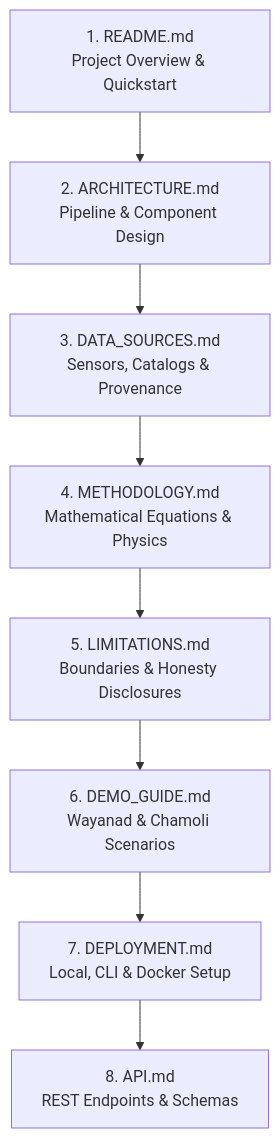
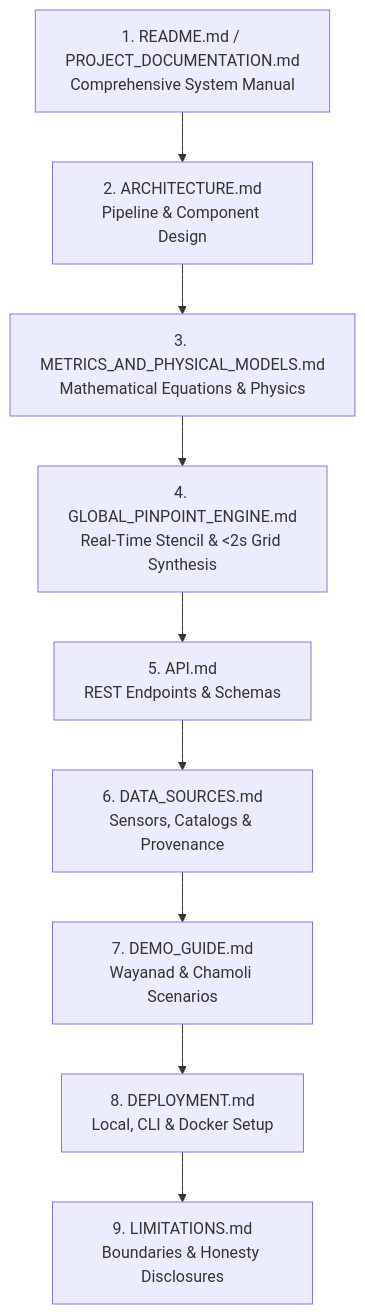
Before and after one commit to gamerdox/TerraSharp: the diagram in docs/INDEX.md, drawn with Mermaid. The commit also changed other lines of this file and 22 other files, not shown here.

Commit message:
feat: comprehensive project documentation, fast hazard grid generator fix, and satellite labels

````diff
--- a/docs/INDEX.md
+++ b/docs/INDEX.md
@@ -9,10 +9,11 @@
 ```mermaid
 flowchart TD
-    A["1. README.md<br/>Project Overview & Quickstart"] --> B["2. ARCHITECTURE.md<br/>Pipeline & Component Design"]
-    B --> C["3. DATA_SOURCES.md<br/>Sensors, Catalogs & Provenance"]
-    C --> D["4. METHODOLOGY.md<br/>Mathematical Equations & Physics"]
-    D --> E["5. LIMITATIONS.md<br/>Boundaries & Honesty Disclosures"]
-    E --> F["6. DEMO_GUIDE.md<br/>Wayanad & Chamoli Scenarios"]
-    F --> G["7. DEPLOYMENT.md<br/>Local, CLI & Docker Setup"]
-    G --> H["8. API.md<br/>REST Endpoints & Schemas"]
+    A["1. README.md / PROJECT_DOCUMENTATION.md<br/>Comprehensive System Manual"] --> B["2. ARCHITECTURE.md<br/>Pipeline & Component Design"]
+    B --> C["3. METRICS_AND_PHYSICAL_MODELS.md<br/>Mathematical Equations & Physics"]
+    C --> D["4. GLOBAL_PINPOINT_ENGINE.md<br/>Real-Time Stencil & <2s Grid Synthesis"]
+    D --> E["5. API.md<br/>REST Endpoints & Schemas"]
+    E --> F["6. DATA_SOURCES.md<br/>Sensors, Catalogs & Provenance"]
+    F --> G["7. DEMO_GUIDE.md<br/>Wayanad & Chamoli Scenarios"]
+    G --> H["8. DEPLOYMENT.md<br/>Local, CLI & Docker Setup"]
+    H --> I["9. LIMITATIONS.md<br/>Boundaries & Honesty Disclosures"]
 ```
````
